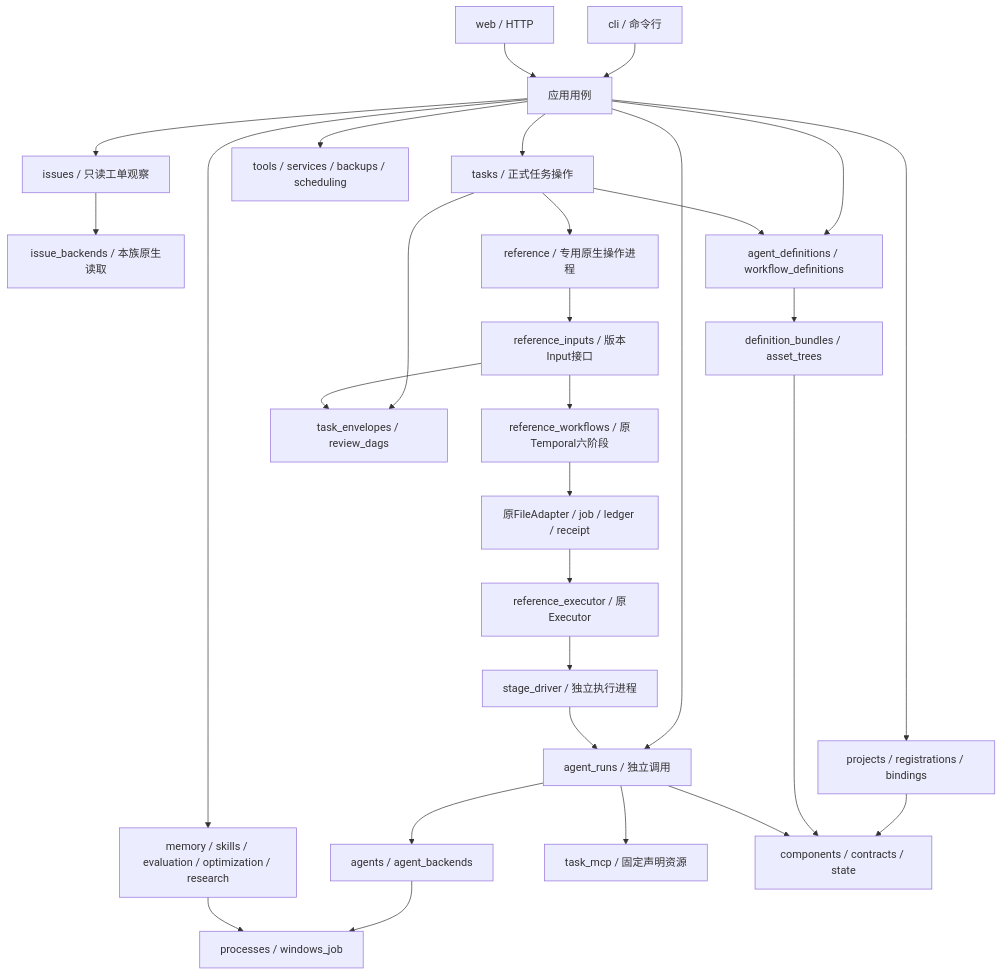
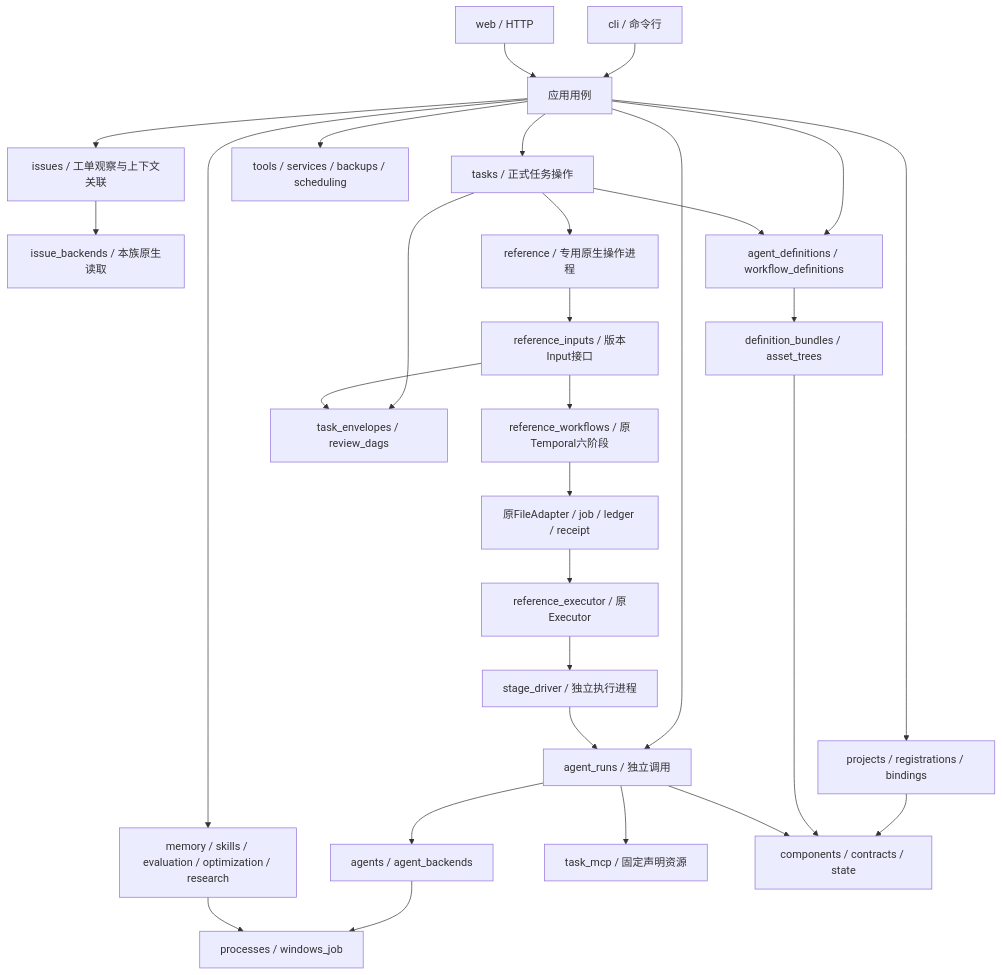
One commit to 626619403/Ergora changed the first of 5 diagrams in docs/architecture/current.md. Above: the diagram before and after it, drawn with Mermaid. The commit also changed other lines of this file and 27 other files, not shown here.

````diff
--- a/docs/architecture/current.md
+++ b/docs/architecture/current.md
@@ -11,31 +11,31 @@
 ```mermaid
 flowchart TB
   CLI[cli / 命令行] --> Uses[应用用例]
   HTTP[web / HTTP] --> Uses
   Uses --> Project[projects / registrations / bindings]
   Uses --> Tasks[tasks / 正式任务操作]
-  Uses --> Issues[issues / 只读工单观察]
+  Uses --> Issues[issues / 工单观察与上下文关联]
   Issues --> IssueBackends[issue_backends / 本族原生读取]
   Uses --> Library[agent_definitions / workflow_definitions]
   Uses --> Runs[agent_runs / 独立调用]
   Uses --> Evolution[memory / skills / evaluation / optimization / research]
   Uses --> Ops[tools / services / backups / scheduling]
   Library --> Bundles[definition_bundles / asset_trees]
   Tasks --> Library
   Tasks --> Reference[reference / 专用原生操作进程]
   Reference --> Input[reference_inputs / 版本Input接口]
   Input --> Flow[reference_workflows / 原Temporal六阶段]
   Flow --> Files[原FileAdapter / job / ledger / receipt]
   Files --> Executor[reference_executor / 原Executor]
   Executor --> Driver[stage_driver / 独立执行进程]
   Driver --> Runs
   Runs --> Agents[agents / agent_backends]
   Runs --> MCP[task_mcp / 固定声明资源]
   Agents --> Processes[processes / windows_job]
   Evolution --> Processes
   Project --> Base[components / contracts / state]
   Bundles --> Base
   Runs --> Base
   Tasks --> Envelope[task_envelopes / review_dags]
   Input --> Envelope
 ```
````
